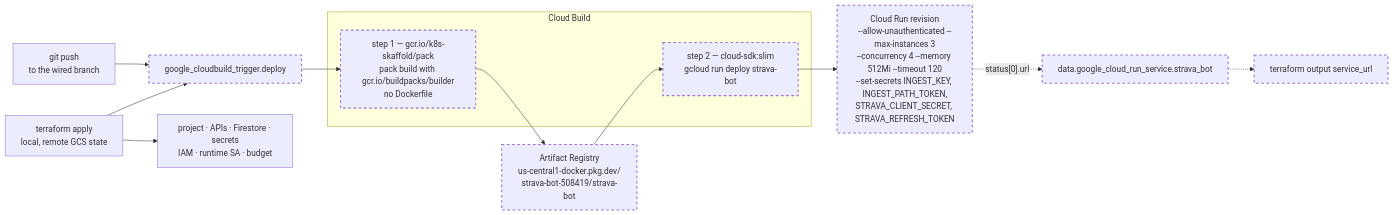
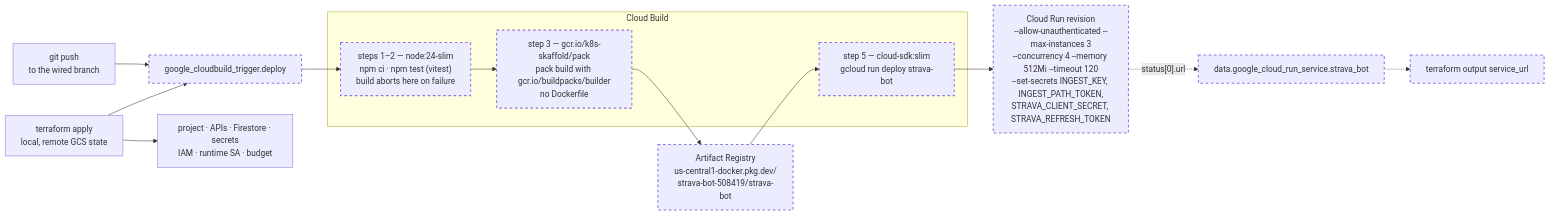
One commit to jacob-rubin/strava-bot changed the fourth of 9 diagrams in ARCHITECTURE.md. Above: the diagram before and after it, drawn with Mermaid. The commit also changed other lines of this file and 2 other files, not shown here.

Commit message:
gate Cloud Run deploy on unit tests in the Cloud Build pipeline

````diff
--- a/ARCHITECTURE.md
+++ b/ARCHITECTURE.md
@@ -168,21 +168,22 @@
 ```mermaid
 flowchart LR
     dev["git push<br/>to the wired branch"] --> trig["google_cloudbuild_trigger.deploy"]
 
     subgraph cb["Cloud Build"]
-        step1["step 1 — gcr.io/k8s-skaffold/pack<br/>pack build with gcr.io/buildpacks/builder<br/>no Dockerfile"]
-        step2["step 2 — cloud-sdk:slim<br/>gcloud run deploy strava-bot"]
+        step0["steps 1–2 — node:24-slim<br/>npm ci · npm test (vitest)<br/>build aborts here on failure"]
+        step1["step 3 — gcr.io/k8s-skaffold/pack<br/>pack build with gcr.io/buildpacks/builder<br/>no Dockerfile"]
+        step2["step 5 — cloud-sdk:slim<br/>gcloud run deploy strava-bot"]
     end
 
-    trig --> step1 --> ar["Artifact Registry<br/>us-central1-docker.pkg.dev/<br/>strava-bot-508419/strava-bot"]
+    trig --> step0 --> step1 --> ar["Artifact Registry<br/>us-central1-docker.pkg.dev/<br/>strava-bot-508419/strava-bot"]
     ar --> step2 --> rev["Cloud Run revision<br/>--allow-unauthenticated --max-instances 3<br/>--concurrency 4 --memory 512Mi --timeout 120<br/>--set-secrets INGEST_KEY, INGEST_PATH_TOKEN,<br/>STRAVA_CLIENT_SECRET, STRAVA_REFRESH_TOKEN"]
 
     rev -.->|"status[0].url"| ds["data.google_cloud_run_service.strava_bot"]
     ds -.-> out["terraform output service_url"]
 
     tf["terraform apply<br/>local, remote GCS state"] --> trig
     tf --> other["project · APIs · Firestore · secrets<br/>IAM · runtime SA · budget"]
 
     classDef planned stroke-dasharray:5 5,stroke-width:2px;
-    class trig,step1,step2,ar,rev,ds,out planned;
+    class trig,step0,step1,step2,ar,rev,ds,out planned;
 ```
````
